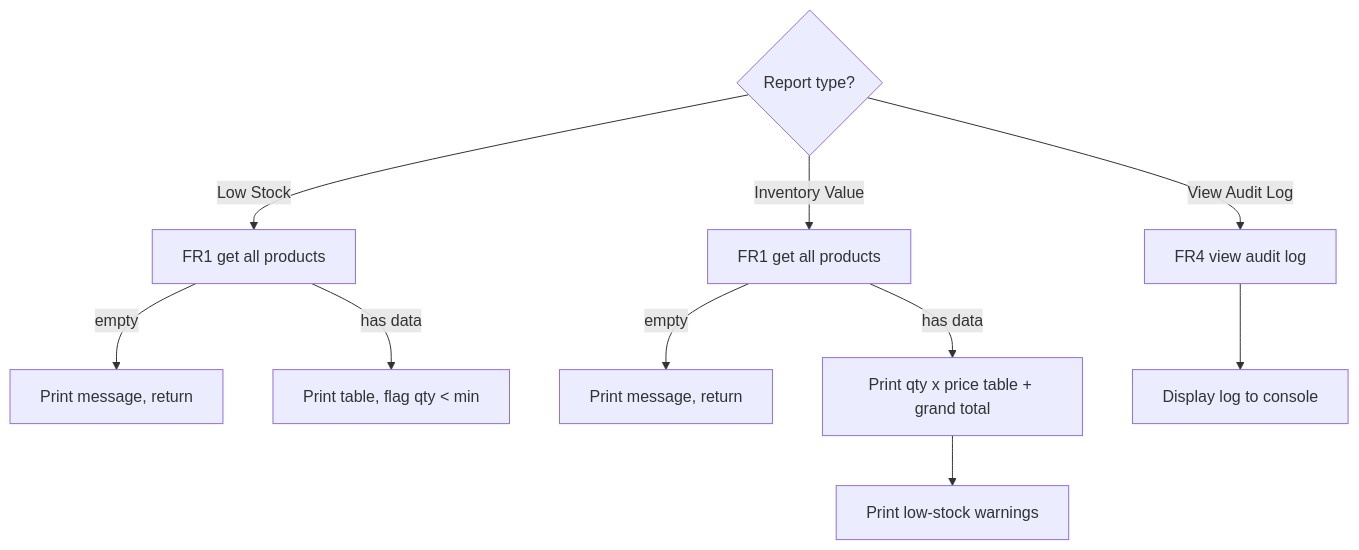
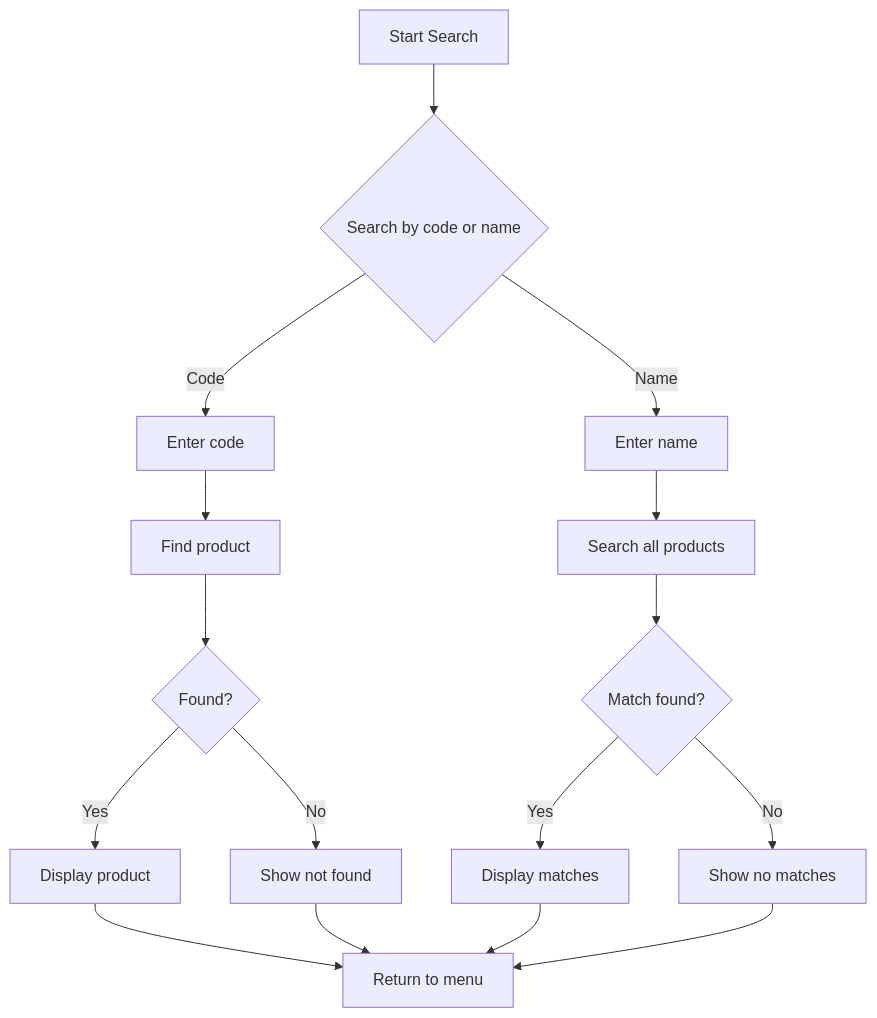
The fifth of 7 diagrams in docs/feature.md (PrakDararith22/inventory-camtech), drawn with Mermaid before and after one commit. The commit also changed other lines of this file, not shown here.

Commit message:
Fixing: flowchart

````diff
--- a/docs/feature.md
+++ b/docs/feature.md
@@ -544,12 +515,18 @@
 ```mermaid
 flowchart TD
-    A{Report type?} -->|Low Stock| B[FR1 get all products]
-    A -->|Inventory Value| C[FR1 get all products]
-    A -->|View Audit Log| D[FR4 view audit log]
-    B -->|empty| E[Print message, return]
-    B -->|has data| F[Print table, flag qty < min]
-    C -->|empty| G[Print message, return]
-    C -->|has data| H[Print qty x price table + grand total]
-    H --> I[Print low-stock warnings]
-    D --> J[Display log to console]
+    A["Start Search"] --> B{"Search by code or name"}
+    B -->|Code| C["Enter code"]
+    B -->|Name| D["Enter name"]
+    C --> E["Find product"]
+    D --> F["Search all products"]
+    E --> G{"Found?"}
+    F --> H{"Match found?"}
+    G -->|Yes| I["Display product"]
+    G -->|No| J["Show not found"]
+    H -->|Yes| K["Display matches"]
+    H -->|No| L["Show no matches"]
+    I --> M["Return to menu"]
+    J --> M
+    K --> M
+    L --> M
 ```
````
